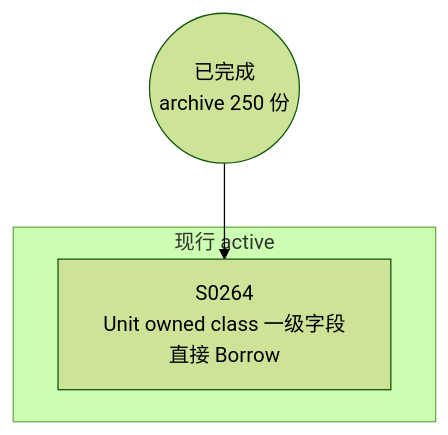
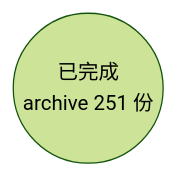
One commit to Halckon/Koven changed the diagram in docs/specs/dependency-graph.md. Above: the diagram before and after it, drawn with Mermaid (forest theme). The commit also changed other lines of this file and 10 other files, not shown here.

````diff
--- a/docs/specs/dependency-graph.md
+++ b/docs/specs/dependency-graph.md
@@ -9,8 +9,4 @@
 ```mermaid
 flowchart TD
-ARCH(("已完成<br/>archive 250 份"))
-subgraph Gactive["现行 active"]
-  S0264["S0264<br/>Unit owned class 一级字段直接 Borrow"]
-end
-ARCH --> S0264
+ARCH(("已完成<br/>archive 251 份"))
 ```
````
